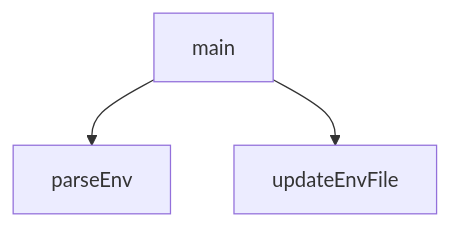
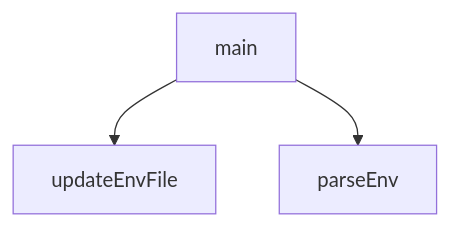
Before and after one commit to peckop/venthub-hvac-esite: the diagram in scripts/setup_webhooks_cli.md, drawn with Mermaid. The commit also changed other lines of this file and 4 other files, not shown here.

````diff
--- a/scripts/setup_webhooks_cli.md
+++ b/scripts/setup_webhooks_cli.md
@@ -122,8 +121,8 @@
 ```mermaid
 graph TD
     setup_webhooks_cli_js__main["main"]
     setup_webhooks_cli_js__parseEnv["parseEnv"]
     setup_webhooks_cli_js__updateEnvFile["updateEnvFile"]
+    setup_webhooks_cli_js__main --> setup_webhooks_cli_js__updateEnvFile
     setup_webhooks_cli_js__main --> setup_webhooks_cli_js__parseEnv
-    setup_webhooks_cli_js__main --> setup_webhooks_cli_js__updateEnvFile
 ```
````
